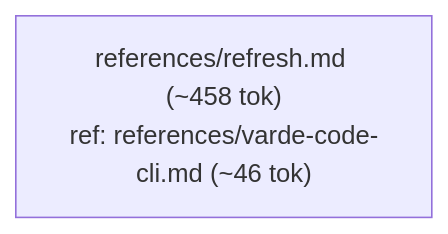
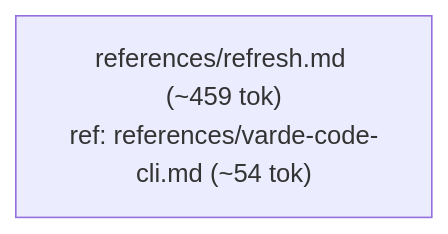
The second of 4 diagrams in skills/varde-docs/FLOW.md (alecegg/varde), drawn with Mermaid before and after one commit. The commit also changed other lines of this file and 1293 other files, not shown here.

````diff
--- a/skills/varde-docs/FLOW.md
+++ b/skills/varde-docs/FLOW.md
@@ -36,4 +31,4 @@
 ```mermaid
 flowchart TD
-  n0["references/refresh.md (~458 tok)<br/>ref: references/varde-code-cli.md (~46 tok)"]
+  n0["references/refresh.md (~459 tok)<br/>ref: references/varde-code-cli.md (~54 tok)"]
 ```
````
